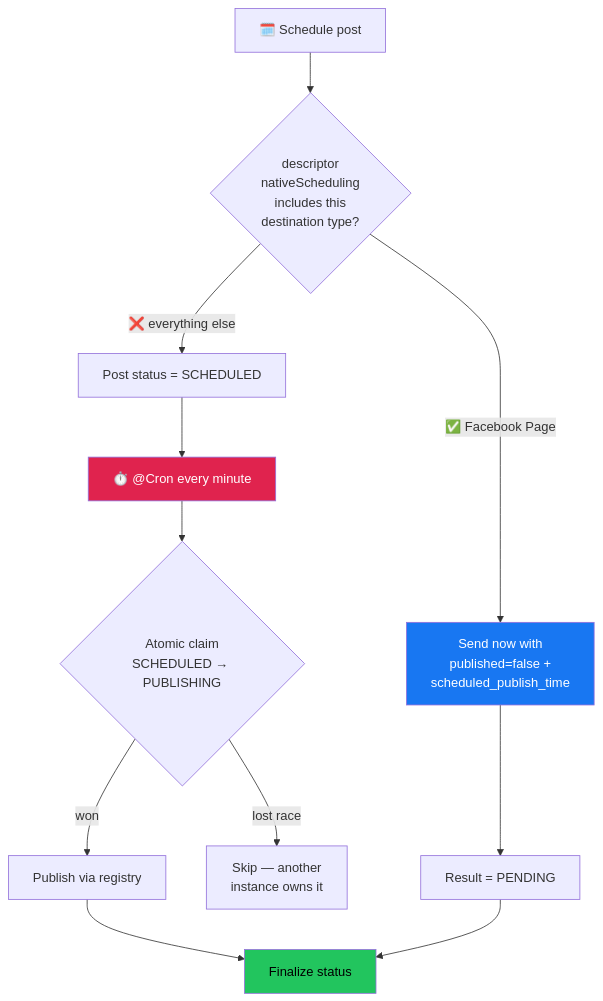
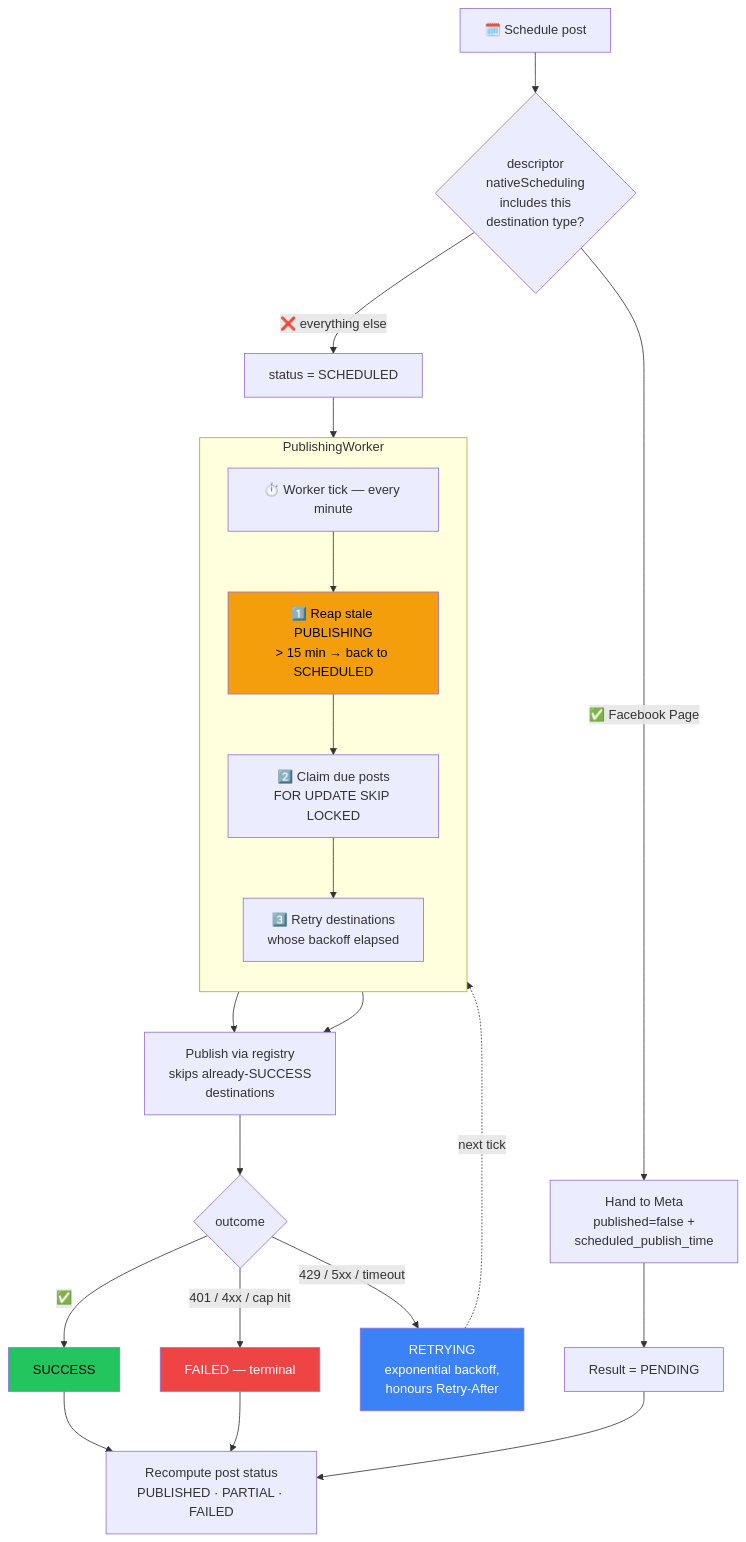
The sixth of 11 diagrams in README.md (AdnanGulzar/post-sync), drawn with Mermaid before and after one commit. The commit also changed other lines of this file and 11 other files, not shown here.

````diff
--- a/README.md
+++ b/README.md
@@ -407,18 +409,31 @@
 ```mermaid
 flowchart TD
     S["🗓️ Schedule post"] --> Q{"descriptor<br/>nativeScheduling<br/>includes this<br/>destination type?"}
-    Q -->|"✅ Facebook Page"| META["Send now with<br/>published=false +<br/>scheduled_publish_time"]
-    Q -->|"❌ everything else"| OWN["Post status = SCHEDULED"]
+    Q -->|"✅ Facebook Page"| META["Hand to Meta<br/>published=false +<br/>scheduled_publish_time"]
+    Q -->|"❌ everything else"| OWN["status = SCHEDULED"]
 
     META --> PEND["Result = PENDING"]
-    OWN --> CRON["⏱️ @Cron every minute"]
-    CRON --> CLAIM{"Atomic claim<br/>SCHEDULED → PUBLISHING"}
-    CLAIM -->|lost race| SKIP["Skip — another<br/>instance owns it"]
-    CLAIM -->|won| PUB["Publish via registry"]
-    PUB --> FIN["Finalize status"]
-    PEND --> FIN
+    OWN --> TICK["⏱️ Worker tick — every minute"]
 
-    style META fill:#1877F2,color:#fff
-    style CRON fill:#E0234E,color:#fff
-    style FIN fill:#22c55e,color:#000
+    subgraph worker["PublishingWorker"]
+        direction TB
+        TICK --> REAP["1️⃣ Reap stale PUBLISHING<br/>> 15 min → back to SCHEDULED"]
+        REAP --> CLAIM["2️⃣ Claim due posts<br/>FOR UPDATE SKIP LOCKED"]
+        CLAIM --> RETRY["3️⃣ Retry destinations<br/>whose backoff elapsed"]
+    end
+
+    CLAIM --> PUB["Publish via registry<br/>skips already-SUCCESS<br/>destinations"]
+    RETRY --> PUB
+    PUB --> OUT{"outcome"}
+    OUT -->|"✅"| OK["SUCCESS"]
+    OUT -->|"429 / 5xx / timeout"| BACK["RETRYING<br/>exponential backoff,<br/>honours Retry-After"]
+    OUT -->|"401 / 4xx / cap hit"| DEAD["FAILED — terminal"]
+    BACK -.->|next tick| RETRY
+
+    OK & DEAD & PEND --> FIN["Recompute post status<br/>PUBLISHED · PARTIAL · FAILED"]
+
+    style REAP fill:#f59e0b,color:#000
+    style OK fill:#22c55e,color:#000
+    style DEAD fill:#ef4444,color:#fff
+    style BACK fill:#3b82f6,color:#fff
 ```
````
